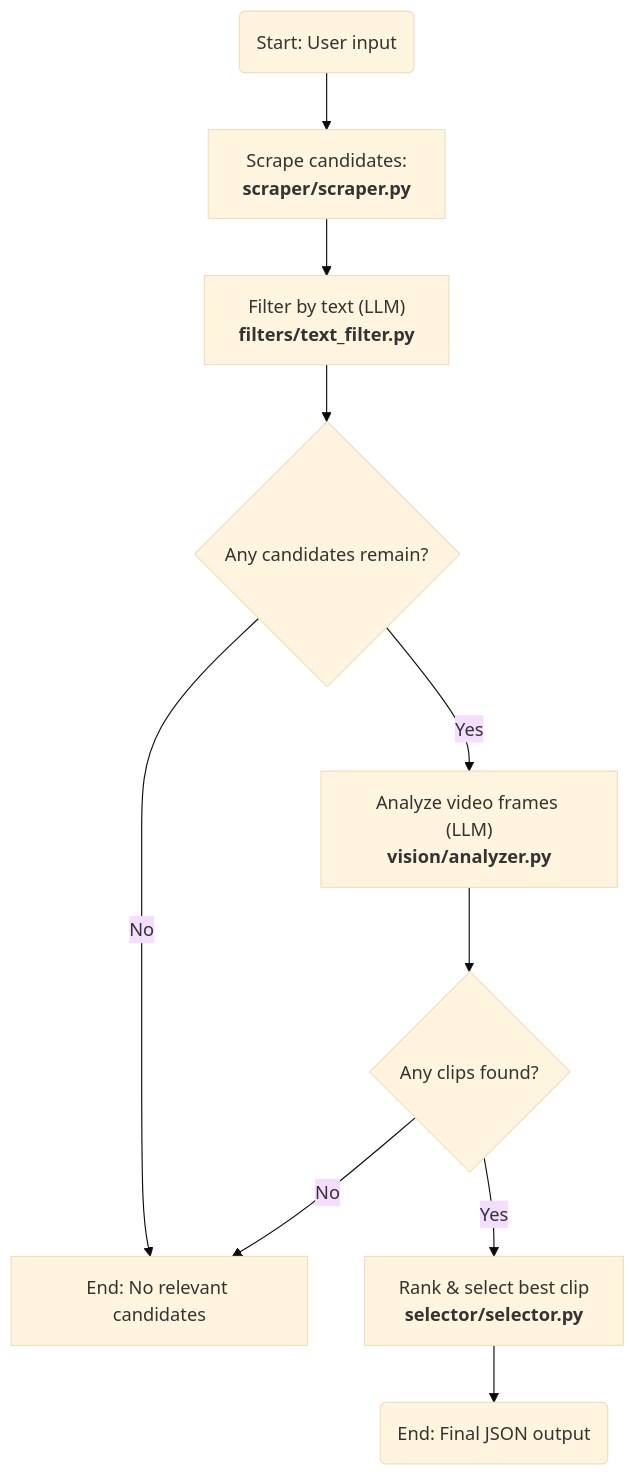
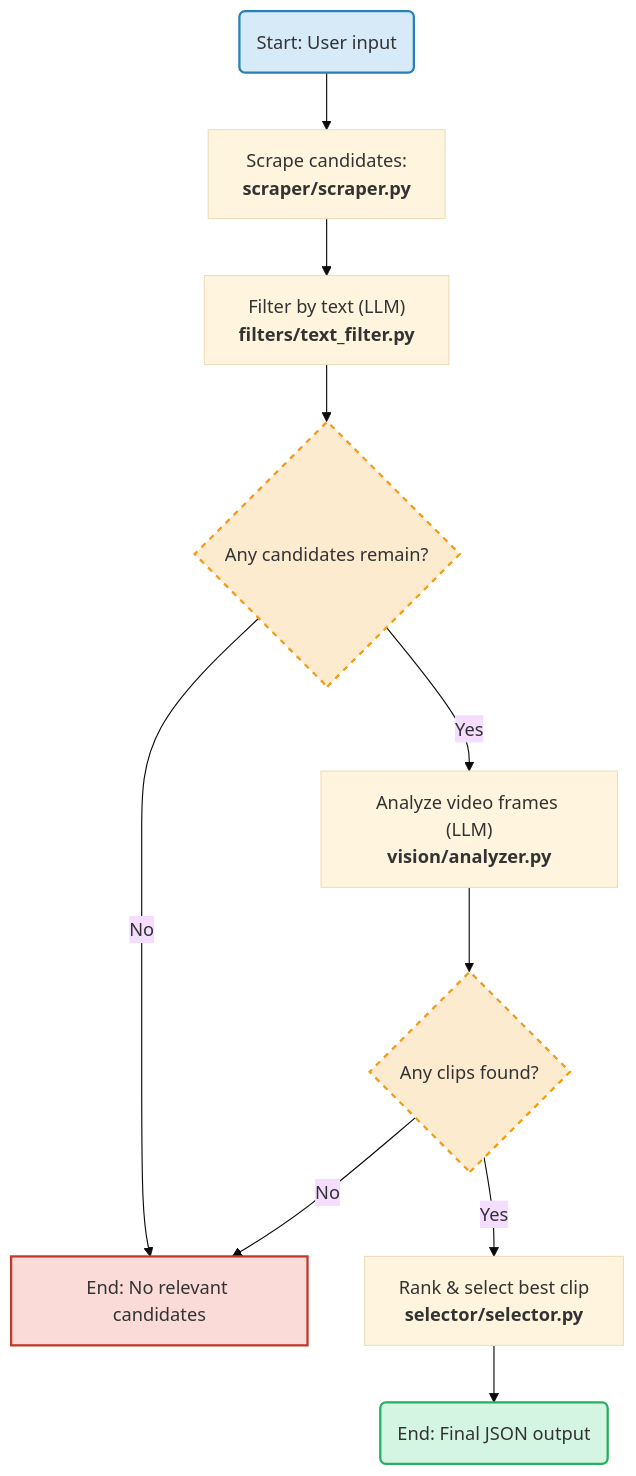
One commit to DenPaz/technical_trial changed the diagram in DESIGN_NOTE.md. Above: the diagram before and after it, drawn with Mermaid (base theme).

Commit message:
docs(DESIGN_NOTE): Update diagram styles for improved visual clarity in the architecture overview

````diff
--- a/DESIGN_NOTE.md
+++ b/DESIGN_NOTE.md
@@ -17,12 +17,18 @@
 ```mermaid
 graph TD
     A(Start: User input) --> B["Scrape candidates:<br><b>scraper/scraper.py</b>"];
     B --> C["Filter by text (LLM)<br><b>filters/text_filter.py</b>"];
     C --> D{Any candidates remain?};
     D -- Yes --> E["Analyze video frames (LLM)<br><b>vision/analyzer.py</b>"];
     D -- No --> Z[End: No relevant candidates];
     E --> F{Any clips found?};
     F -- Yes --> G["Rank & select best clip<br><b>selector/selector.py</b>"];
     F -- No --> Z;
     G --> H(End: Final JSON output);
+
+style A fill:#D6EAF8,stroke:#2980B9,stroke-width:2px
+style H fill:#D5F5E3,stroke:#27AE60,stroke-width:2px
+style Z fill:#FADBD8,stroke:#C0392B,stroke-width:2px
+style D fill:#FDEBD0,stroke:#F39C12,stroke-width:2px,stroke-dasharray: 5 5
+style F fill:#FDEBD0,stroke:#F39C12,stroke-width:2px,stroke-dasharray: 5 5
 ```
````
